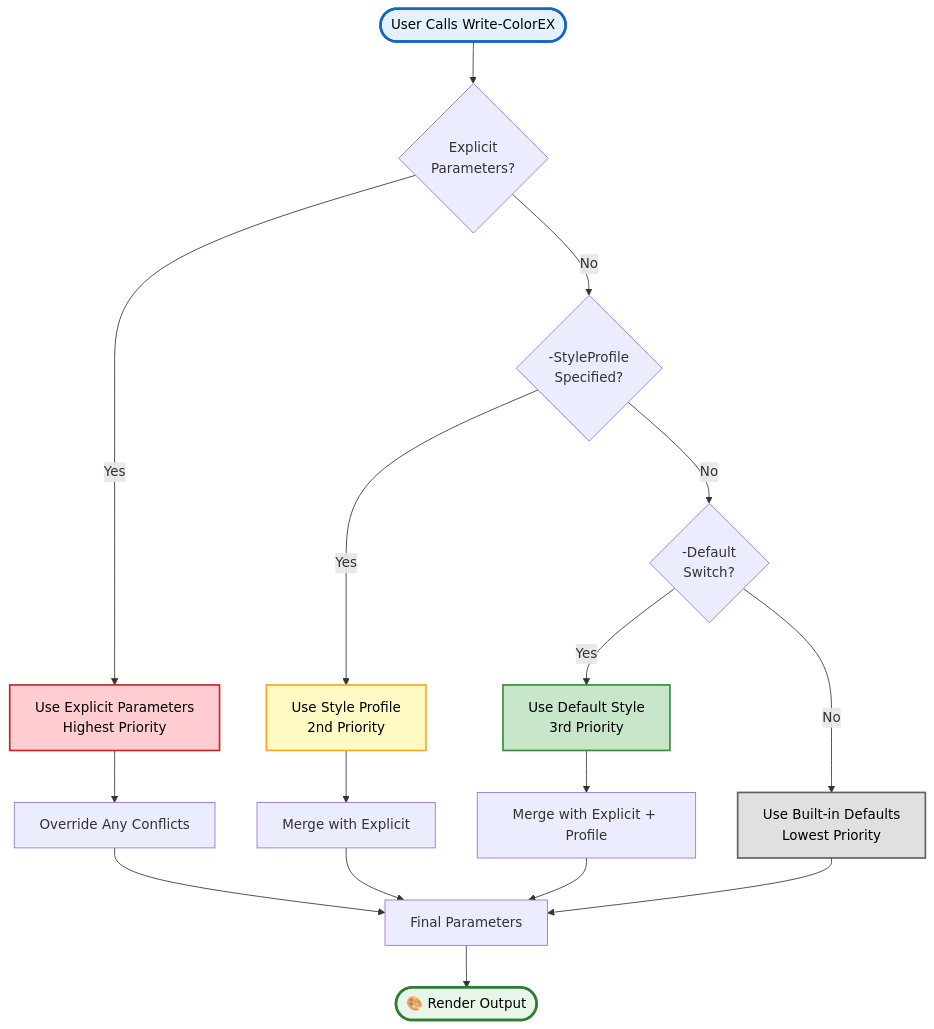
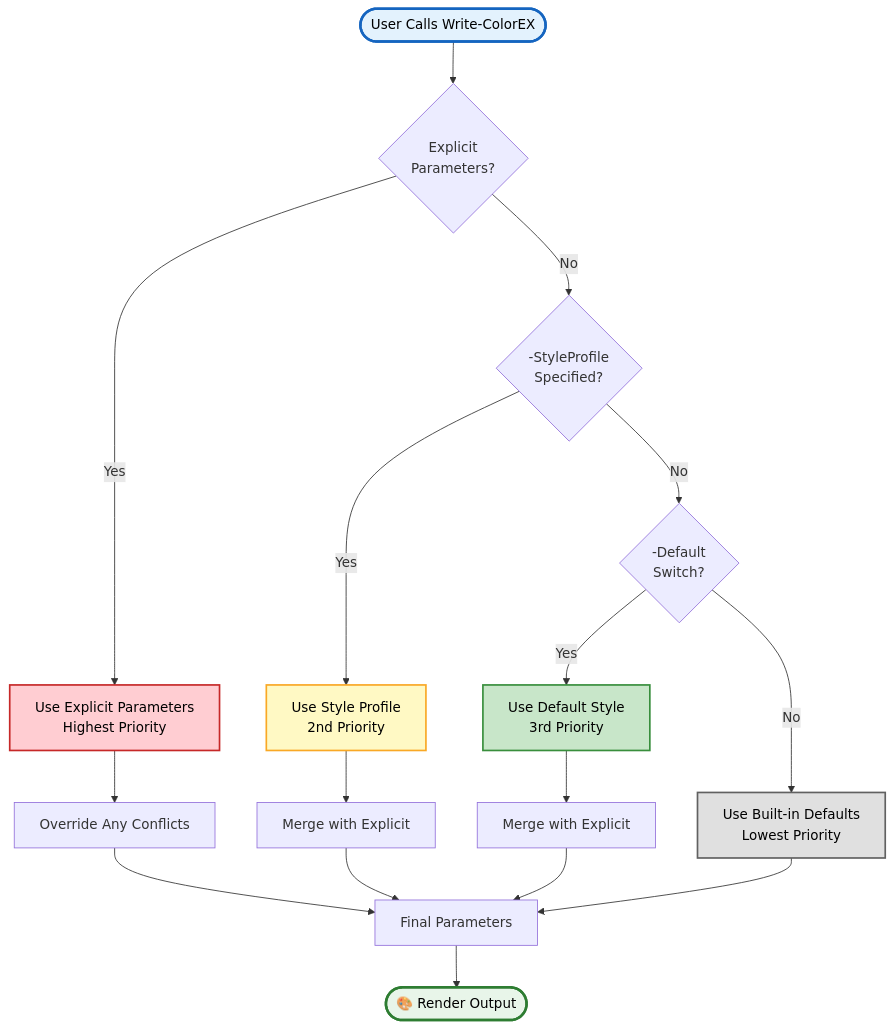
Before and after one commit to MarkusMcNugen/PSWriteColorEX: the fourth of 7 diagrams in Docs/Public/Set-ColorDefault.md, drawn with Mermaid. The commit also changed other lines of this file and 10 other files, not shown here.

````diff
--- a/Docs/Public/Set-ColorDefault.md
+++ b/Docs/Public/Set-ColorDefault.md
@@ -401,32 +394,32 @@
 ```mermaid
 graph TD
     Input([User Calls Write-ColorEX]) --> Level1{Explicit<br/>Parameters?}
 
     Level1 -->|Yes| UseExplicit[Use Explicit Parameters<br/>Highest Priority]
     Level1 -->|No| Level2{-StyleProfile<br/>Specified?}
 
     Level2 -->|Yes| UseProfile[Use Style Profile<br/>2nd Priority]
     Level2 -->|No| Level3{-Default<br/>Switch?}
 
     Level3 -->|Yes| UseDefault[Use Default Style<br/>3rd Priority]
     Level3 -->|No| UseNone[Use Built-in Defaults<br/>Lowest Priority]
 
     UseExplicit --> Override[Override Any Conflicts]
     Override --> FinalParams[Final Parameters]
 
     UseProfile --> Merge1[Merge with Explicit]
     Merge1 --> FinalParams
 
-    UseDefault --> Merge2[Merge with Explicit + Profile]
+    UseDefault --> Merge2[Merge with Explicit]
     Merge2 --> FinalParams
 
     UseNone --> FinalParams
     FinalParams --> Render([🎨 Render Output])
 
     style Input fill:#e3f2fd,stroke:#1565c0,stroke-width:3px,color:#000
     style Render fill:#e8f5e9,stroke:#2e7d32,stroke-width:3px,color:#000
     style UseExplicit fill:#ffcdd2,stroke:#c62828,stroke-width:2px,color:#000
     style UseProfile fill:#fff9c4,stroke:#f9a825,stroke-width:2px,color:#000
     style UseDefault fill:#c8e6c9,stroke:#388e3c,stroke-width:2px,color:#000
     style UseNone fill:#e0e0e0,stroke:#616161,stroke-width:2px,color:#000
 ```
````
